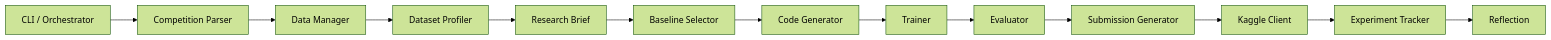
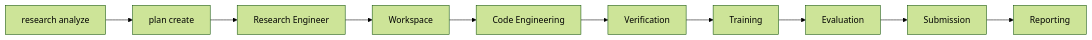
The diagram in docs/ARCHITECTURE.md (sadiq18/labpilot), drawn with Mermaid (forest theme) before and after one commit. The commit also changed other lines of this file and 205 other files, not shown here.

````diff
--- a/docs/ARCHITECTURE.md
+++ b/docs/ARCHITECTURE.md
@@ -19,18 +31,16 @@
 ```mermaid
 flowchart LR
-    CLI[CLI / Orchestrator]
-    CP[Competition Parser]
-    DM[Data Manager]
-    DP[Dataset Profiler]
-    RB[Research Brief]
-    BS[Baseline Selector]
-    CG[Code Generator]
-    TR[Trainer]
-    EV[Evaluator]
-    SG[Submission Generator]
-    KC[Kaggle Client]
-    ET[Experiment Tracker]
-    RF[Reflection]
+    Analyze[research analyze]
+    Plan[plan create]
+    Eng[Research Engineer]
+    WS[Workspace]
+    Code[Code Engineering]
+    Ver[Verification]
+    Train[Training]
+    Eval[Evaluation]
+    Sub[Submission]
+    Rep[Reporting]
 
-    CLI --> CP --> DM --> DP --> RB --> BS --> CG --> TR --> EV --> SG --> KC --> ET --> RF
+    Analyze --> Plan --> Eng
+    Eng --> WS --> Code --> Ver --> Train --> Eval --> Sub --> Rep
 ```
````
